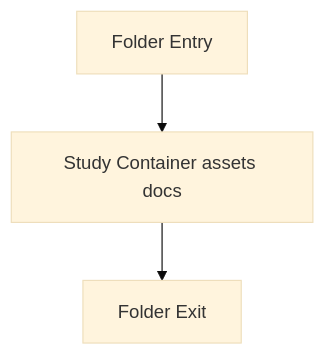
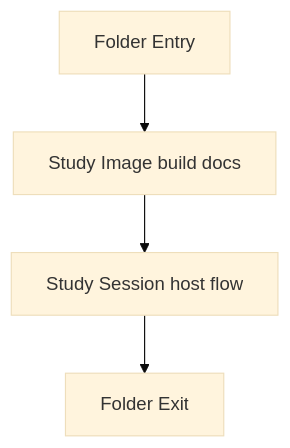
One commit to JohnAndrewBalbarosa/NeoTerritory changed the first of 2 diagrams in docs/Codebase/Infrastructure/session-orchestration/docker/README.md. Above: the diagram before and after it, drawn with Mermaid (base theme). The commit also changed other lines of this file and 1 other file, not shown here.

Commit message:
docs: define local docker session host

````diff
--- a/docs/Codebase/Infrastructure/session-orchestration/docker/README.md
+++ b/docs/Codebase/Infrastructure/session-orchestration/docker/README.md
@@ -14,8 +14,10 @@
 ```mermaid
 flowchart TD
     Start["Folder Entry"]
-    N0["Study Container assets docs"]
+    N0["Study Image build docs"]
+    N1["Study Session host flow"]
     End["Folder Exit"]
     Start --> N0
-    N0 --> End
+    N0 --> N1
+    N1 --> End
 ```
````
